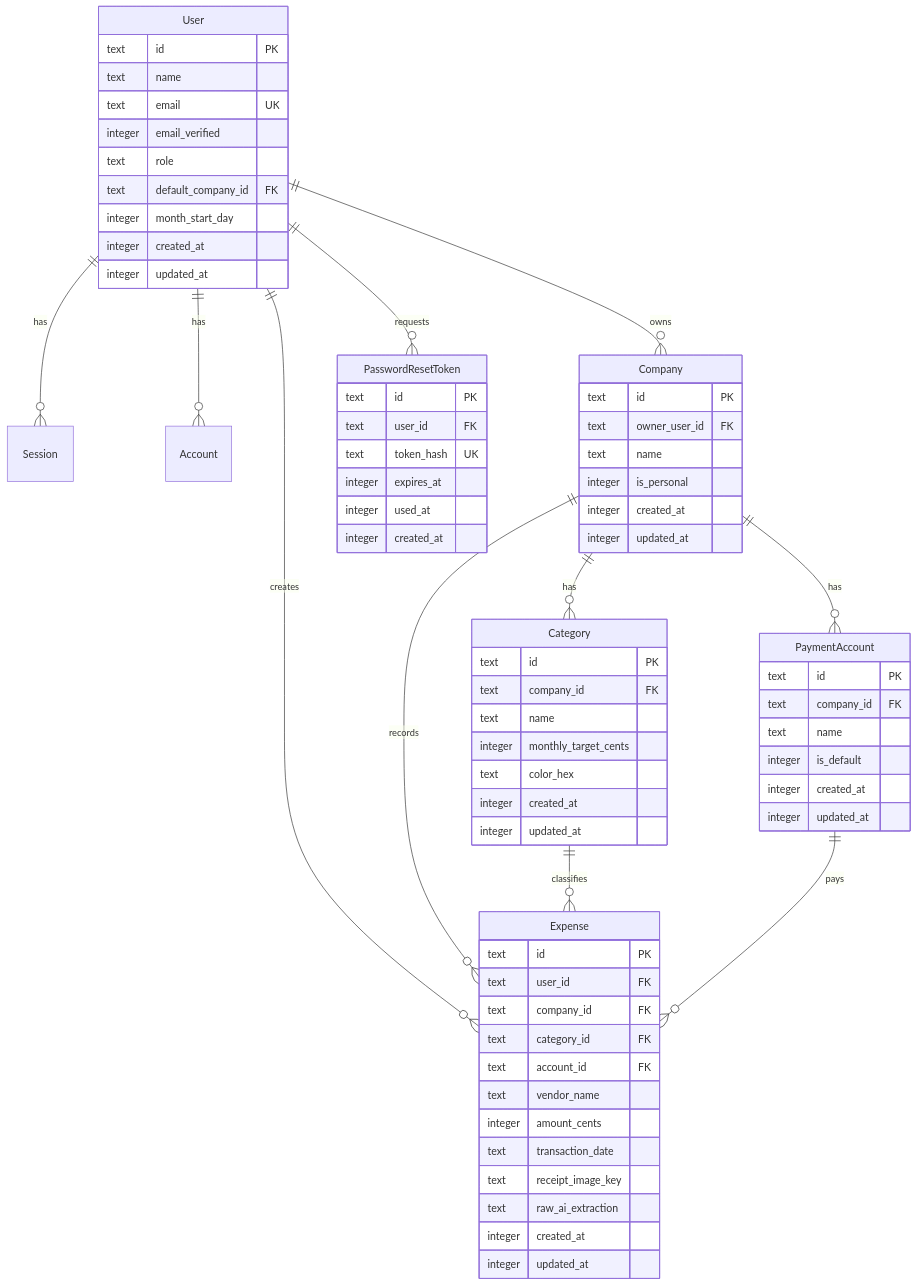
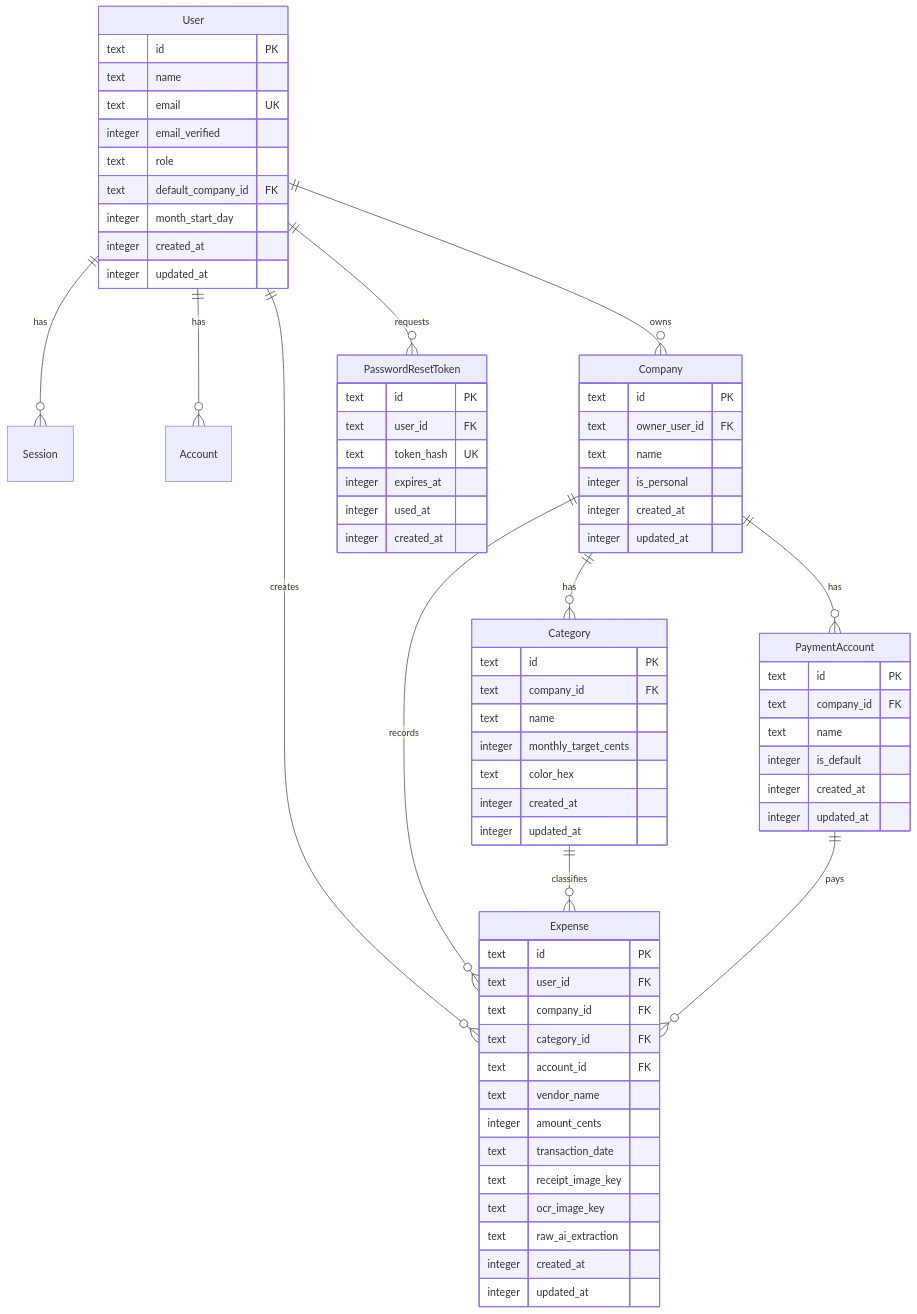
The diagram in docs/DATABASE_SCHEMA.md (Pietieklipkop/brickwork), drawn with Mermaid before and after one commit. The commit also changed other lines of this file and 13 other files, not shown here.

Commit message:
feat(storage): save preprocessed OCR receipt image to R2 with UI viewer toggle (AC-24)

````diff
--- a/docs/DATABASE_SCHEMA.md
+++ b/docs/DATABASE_SCHEMA.md
@@ -20,79 +20,80 @@
 ```mermaid
 erDiagram
     User ||--o{ Session : "has"
     User ||--o{ Account : "has"
     User ||--o{ Company : "owns"
     User ||--o{ Expense : "creates"
     User ||--o{ PasswordResetToken : "requests"
     
     Company ||--o{ Category : "has"
     Company ||--o{ PaymentAccount : "has"
     Company ||--o{ Expense : "records"
     
     Category ||--o{ Expense : "classifies"
     PaymentAccount ||--o{ Expense : "pays"
 
     User {
         text id PK
         text name
         text email UK
         integer email_verified
         text role
         text default_company_id FK
         integer month_start_day
         integer created_at
         integer updated_at
     }
 
     Company {
         text id PK
         text owner_user_id FK
         text name
         integer is_personal
         integer created_at
         integer updated_at
     }
 
     Category {
         text id PK
         text company_id FK
         text name
         integer monthly_target_cents
         text color_hex
         integer created_at
         integer updated_at
     }
 
     PaymentAccount {
         text id PK
         text company_id FK
         text name
         integer is_default
         integer created_at
         integer updated_at
     }
 
     Expense {
         text id PK
         text user_id FK
         text company_id FK
         text category_id FK
         text account_id FK
         text vendor_name
         integer amount_cents
         text transaction_date
         text receipt_image_key
+        text ocr_image_key
         text raw_ai_extraction
         integer created_at
         integer updated_at
     }
 
     PasswordResetToken {
         text id PK
         text user_id FK
         text token_hash UK
         integer expires_at
         integer used_at
         integer created_at
     }
 ```
````
